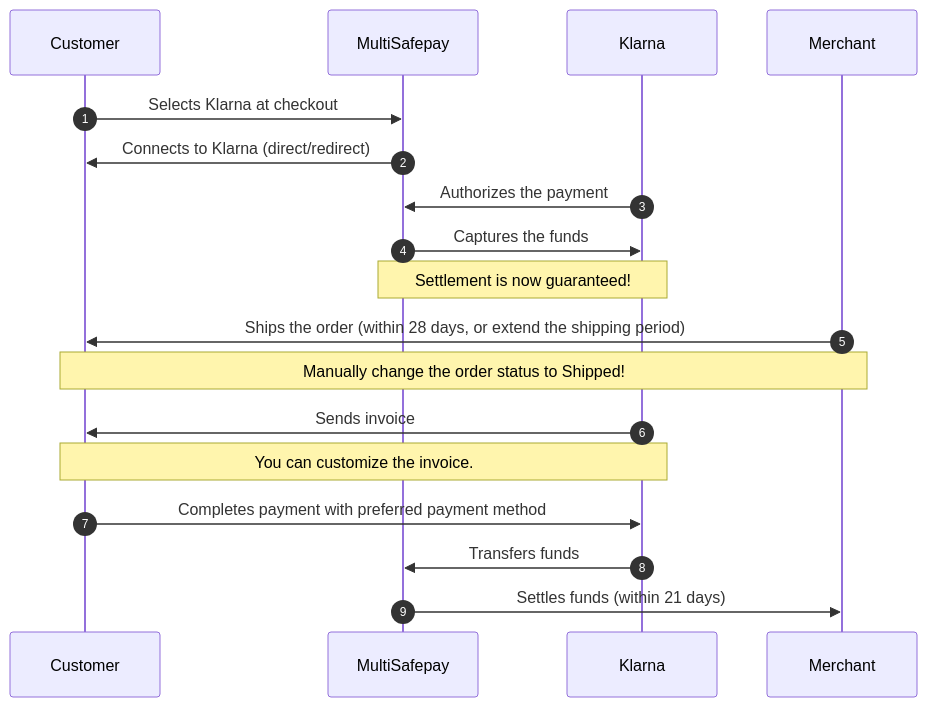
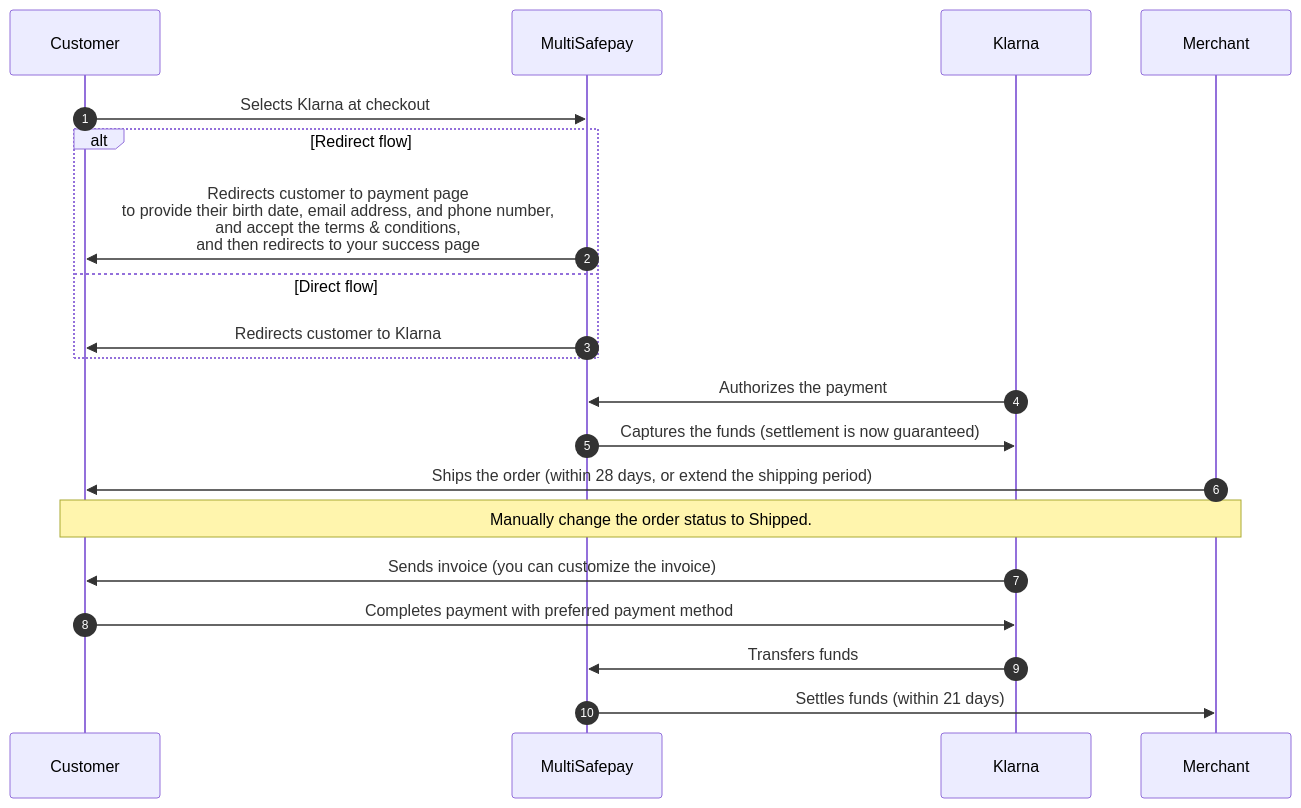
The diagram in content/payments/methods/pay-later/klarna/payment-flow.md (MultiSafepay/docs), drawn with Mermaid before and after one commit. The commit also changed other lines of this file and 34 other files, not shown here.

```diff
--- a/content/payments/methods/pay-later/klarna/payment-flow.md
+++ b/content/payments/methods/pay-later/klarna/payment-flow.md
@@ -16,23 +16,25 @@
 {{< mermaid class="text-center" >}}
 
 sequenceDiagram
     autonumber
     participant C as Customer
     participant Mu as MultiSafepay
     participant K as Klarna
     participant Me as Merchant
 
     C->>Mu: Selects Klarna at checkout
-    Mu->>C: Connects to Klarna (direct/redirect)
+    alt Redirect flow
+    Mu->>C: Redirects customer to payment page <br> to provide their birth date, email address, and phone number, <br> and accept the terms & conditions, <br> and then redirects to your success page
+    else Direct flow
+    Mu->>C: Redirects customer to Klarna
+    end
     K->>Mu: Authorizes the payment
-    Mu->>K: Captures the funds
-    Note over Mu,K: Settlement is now guaranteed!
+    Mu->>K: Captures the funds (settlement is now guaranteed)
     Me->>C: Ships the order (within 28 days, or extend the shipping period)
-    Note over Me,C: Manually change the order status to Shipped! 
-    K->>C: Sends invoice 
-    Note over K,C: You can customize the invoice. 
+    Note over Me,C: Manually change the order status to Shipped. 
+    K->>C: Sends invoice (you can customize the invoice) 
     C->>K: Completes payment with preferred payment method
     K->>Mu: Transfers funds 
     Mu->>Me: Settles funds (within 21 days)
 
 {{< /mermaid >}}
```
